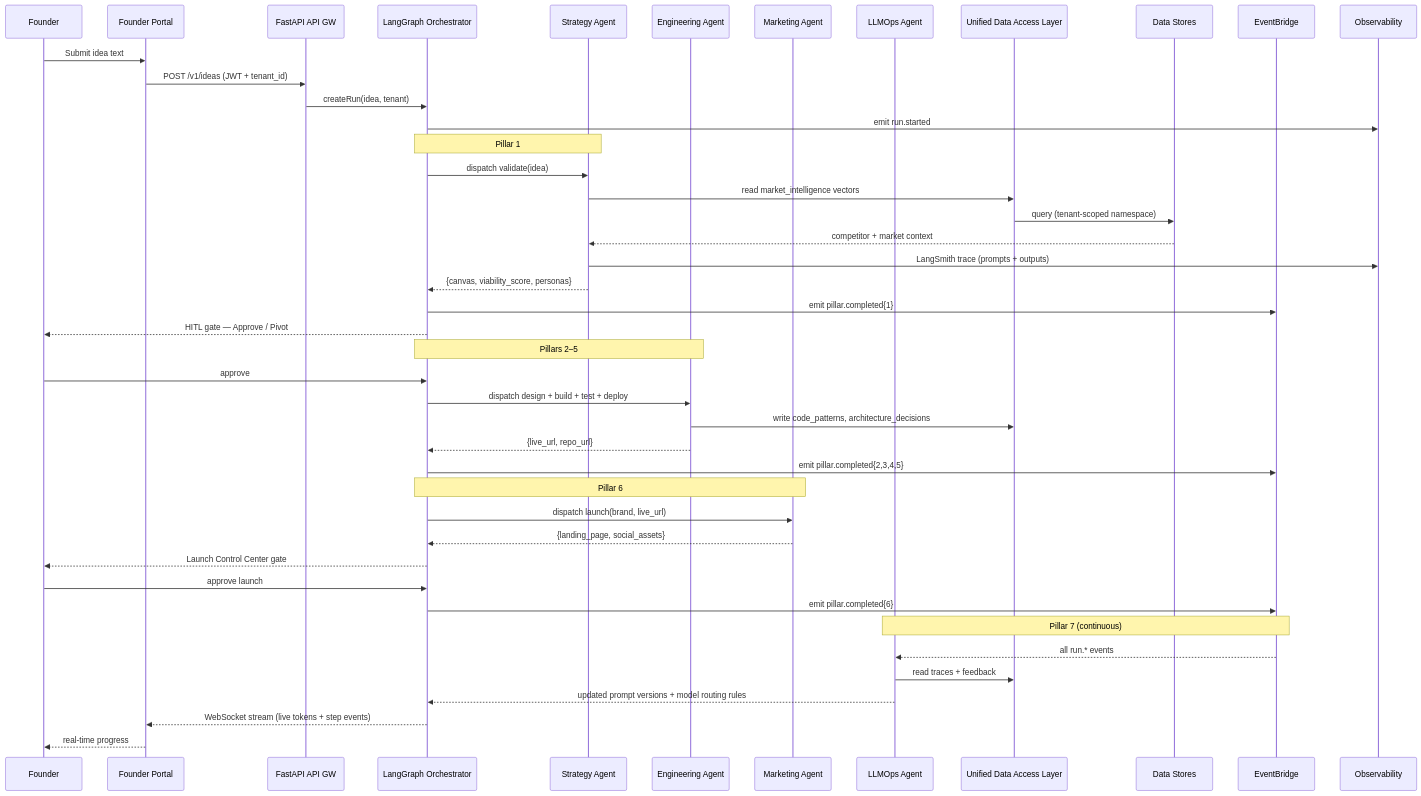
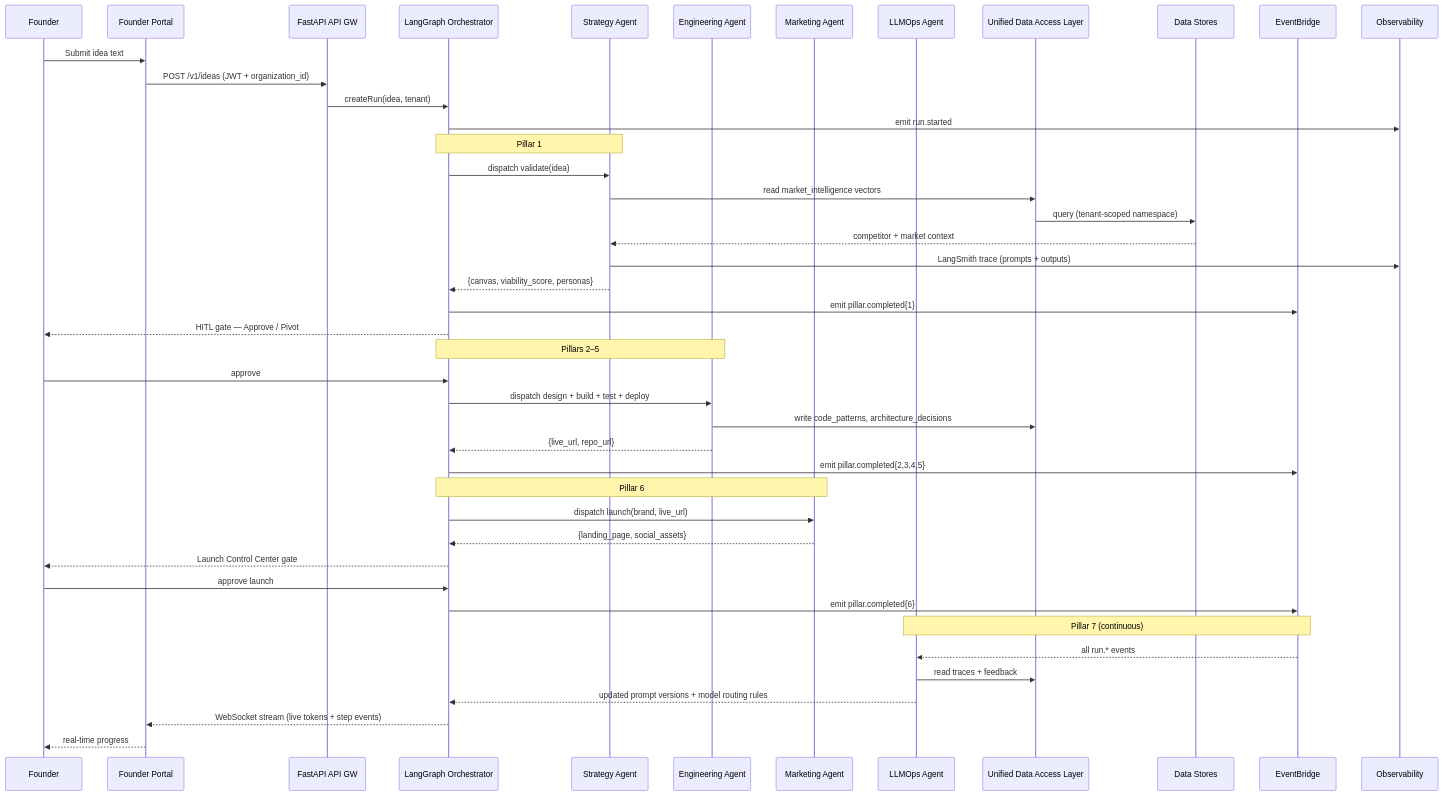
Before and after one commit to kaushraj1/AutoFounder: the fifth of 18 diagrams in docs/architecture/HLD.md, drawn with Mermaid. The commit also changed other lines of this file and 9 other files, not shown here.

First line of the commit message:
refactor(docs): migrate docs/architecture to the canonical stack

````diff
--- a/docs/architecture/HLD.md
+++ b/docs/architecture/HLD.md
@@ -287,52 +287,52 @@
 ```mermaid
 sequenceDiagram
     participant U as Founder
     participant FE as Founder Portal
     participant GW as FastAPI API GW
     participant ORCH as LangGraph Orchestrator
     participant STR as Strategy Agent
     participant ENG as Engineering Agent
     participant MKT as Marketing Agent
     participant LMO as LLMOps Agent
     participant UDAL as Unified Data Access Layer
     participant DB as Data Stores
     participant BUS as EventBridge
     participant OBS as Observability
 
     U->>FE: Submit idea text
-    FE->>GW: POST /v1/ideas (JWT + tenant_id)
+    FE->>GW: POST /v1/ideas (JWT + organization_id)
     GW->>ORCH: createRun(idea, tenant)
     ORCH->>OBS: emit run.started
 
     Note over ORCH,STR: Pillar 1
     ORCH->>STR: dispatch validate(idea)
     STR->>UDAL: read market_intelligence vectors
     UDAL->>DB: query (tenant-scoped namespace)
     DB-->>STR: competitor + market context
     STR->>OBS: LangSmith trace (prompts + outputs)
     STR-->>ORCH: {canvas, viability_score, personas}
     ORCH->>BUS: emit pillar.completed{1}
     ORCH-->>U: HITL gate — Approve / Pivot
 
     Note over ORCH,ENG: Pillars 2–5
     U->>ORCH: approve
     ORCH->>ENG: dispatch design + build + test + deploy
     ENG->>UDAL: write code_patterns, architecture_decisions
     ENG-->>ORCH: {live_url, repo_url}
     ORCH->>BUS: emit pillar.completed{2,3,4,5}
 
     Note over ORCH,MKT: Pillar 6
     ORCH->>MKT: dispatch launch(brand, live_url)
     MKT-->>ORCH: {landing_page, social_assets}
     ORCH-->>U: Launch Control Center gate
     U->>ORCH: approve launch
     ORCH->>BUS: emit pillar.completed{6}
 
     Note over BUS,LMO: Pillar 7 (continuous)
     BUS-->>LMO: all run.* events
     LMO->>UDAL: read traces + feedback
     LMO-->>ORCH: updated prompt versions + model routing rules
 
     ORCH-->>FE: WebSocket stream (live tokens + step events)
     FE-->>U: real-time progress
 ```
````
